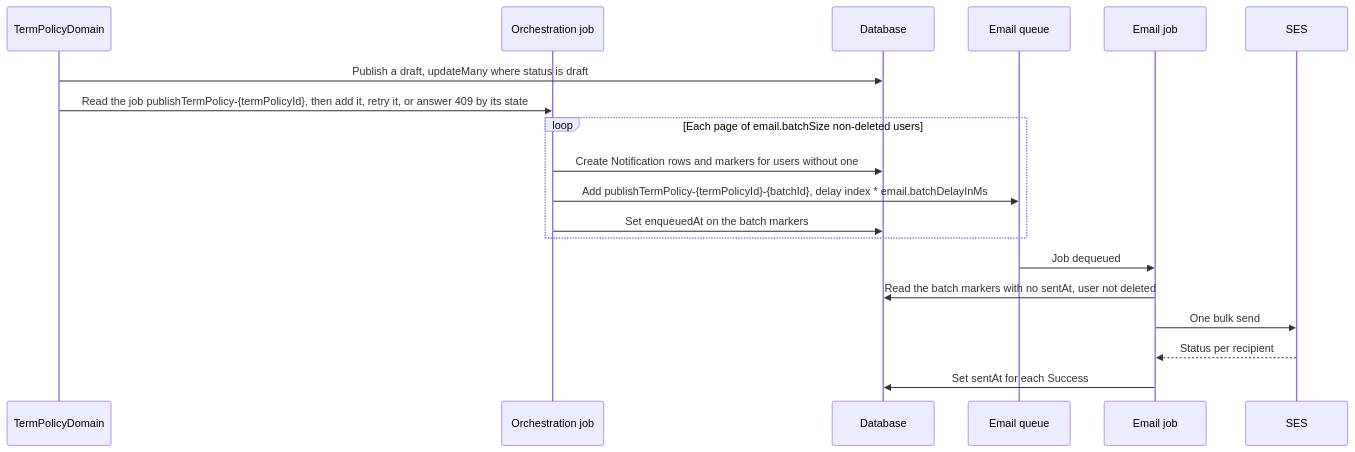
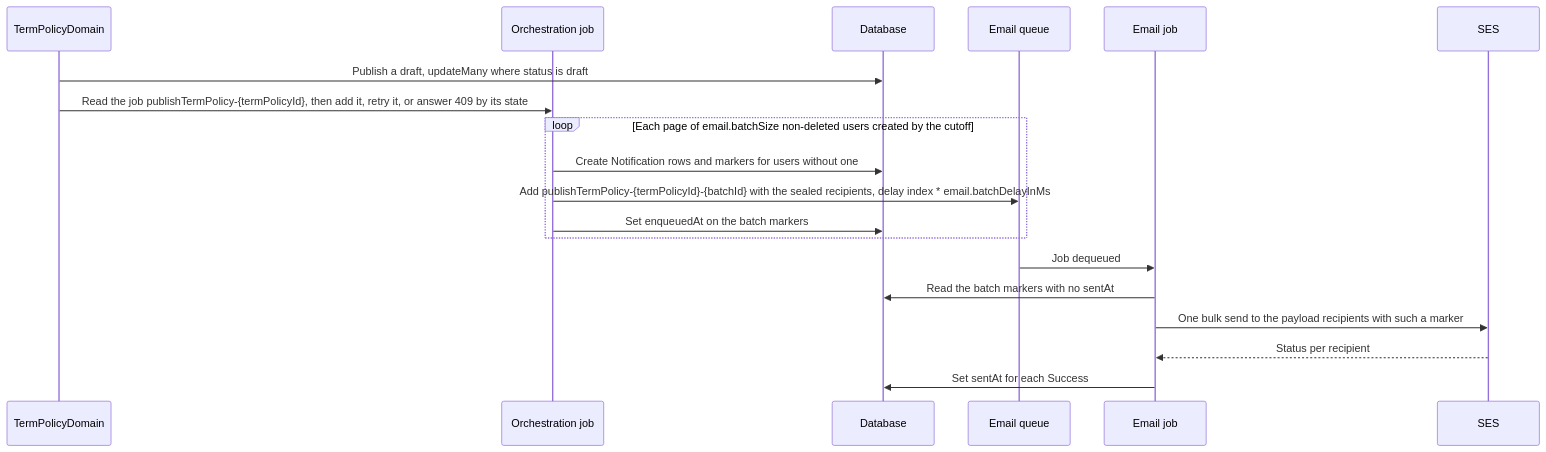
One commit to andrechristikan/ack-nestjs-boilerplate changed the first of 3 diagrams in docs/notification.md. Above: the diagram before and after it, drawn with Mermaid. The commit also changed other lines of this file and 102 other files, not shown here.

````diff
--- a/docs/notification.md
+++ b/docs/notification.md
@@ -391,22 +473,22 @@
 ```mermaid
 sequenceDiagram
     participant TP as TermPolicyDomain
     participant OQ as Orchestration job
     participant DB as Database
     participant EQ as Email queue
     participant EM as Email job
     participant SES
 
     TP->>DB: Publish a draft, updateMany where status is draft
     TP->>OQ: Read the job publishTermPolicy-{termPolicyId}, then add it, retry it, or answer 409 by its state
-    loop Each page of email.batchSize non-deleted users
+    loop Each page of email.batchSize non-deleted users created by the cutoff
         OQ->>DB: Create Notification rows and markers for users without one
-        OQ->>EQ: Add publishTermPolicy-{termPolicyId}-{batchId}, delay index * email.batchDelayInMs
+        OQ->>EQ: Add publishTermPolicy-{termPolicyId}-{batchId} with the sealed recipients, delay index * email.batchDelayInMs
         OQ->>DB: Set enqueuedAt on the batch markers
     end
     EQ->>EM: Job dequeued
-    EM->>DB: Read the batch markers with no sentAt, user not deleted
-    EM->>SES: One bulk send
+    EM->>DB: Read the batch markers with no sentAt
+    EM->>SES: One bulk send to the payload recipients with such a marker
     SES-->>EM: Status per recipient
     EM->>DB: Set sentAt for each Success
 ```
````
